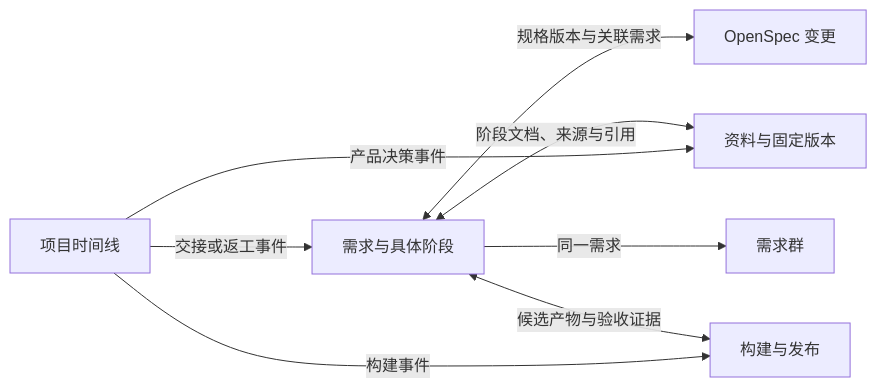
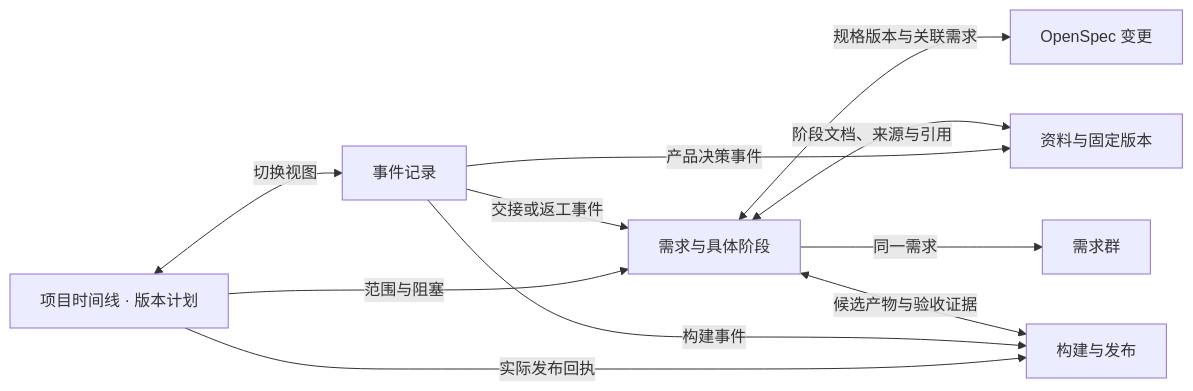
The diagram in docs/design/project-pages/README.md (lkun-lea/myagentdesk), drawn with Mermaid before and after one commit. The commit also changed other lines of this file and 4 other files, not shown here.

````diff
--- a/docs/design/project-pages/README.md
+++ b/docs/design/project-pages/README.md
@@ -15,10 +15,13 @@
 ```mermaid
 flowchart LR
-    T["项目时间线"] -->|"交接或返工事件"| R["需求与具体阶段"]
+    V["项目时间线 · 版本计划"] -->|"范围与阻塞"| R["需求与具体阶段"]
+    V -->|"实际发布回执"| B["构建与发布"]
+    V <-->|"切换视图"| T["事件记录"]
+    T -->|"交接或返工事件"| R
     T -->|"产品决策事件"| M["资料与固定版本"]
-    T -->|"构建事件"| B["构建与发布"]
+    T -->|"构建事件"| B
     R <-->|"规格版本与关联需求"| S["OpenSpec 变更"]
     R <-->|"阶段文档、来源与引用"| M
     R <-->|"候选产物与验收证据"| B
     R -->|"同一需求"| G["需求群"]
 ```
````
